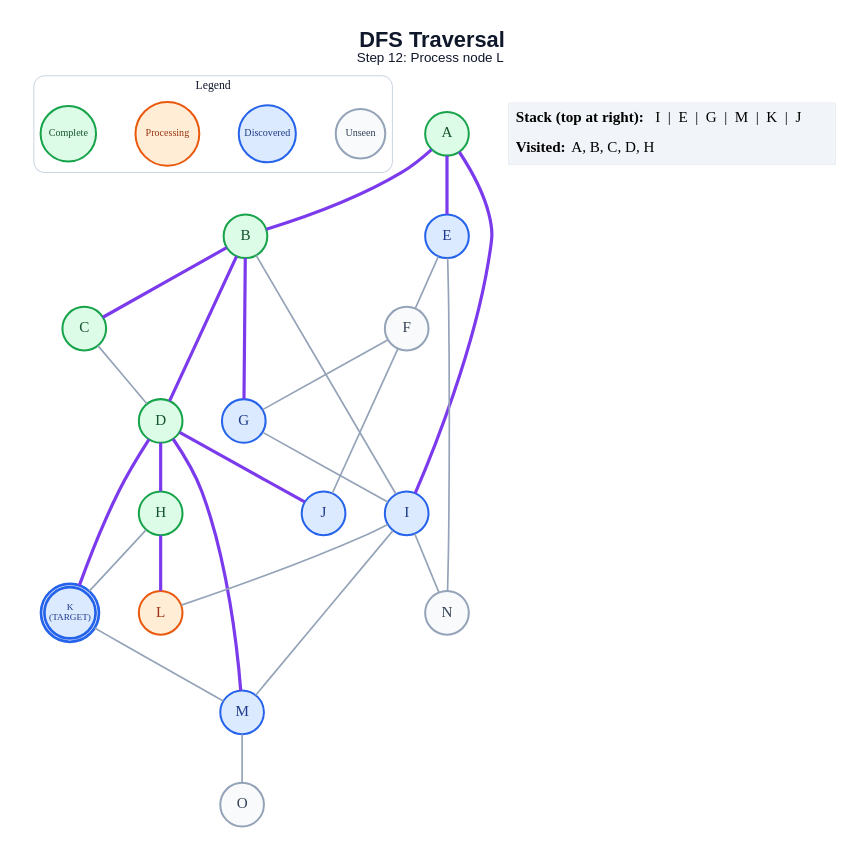
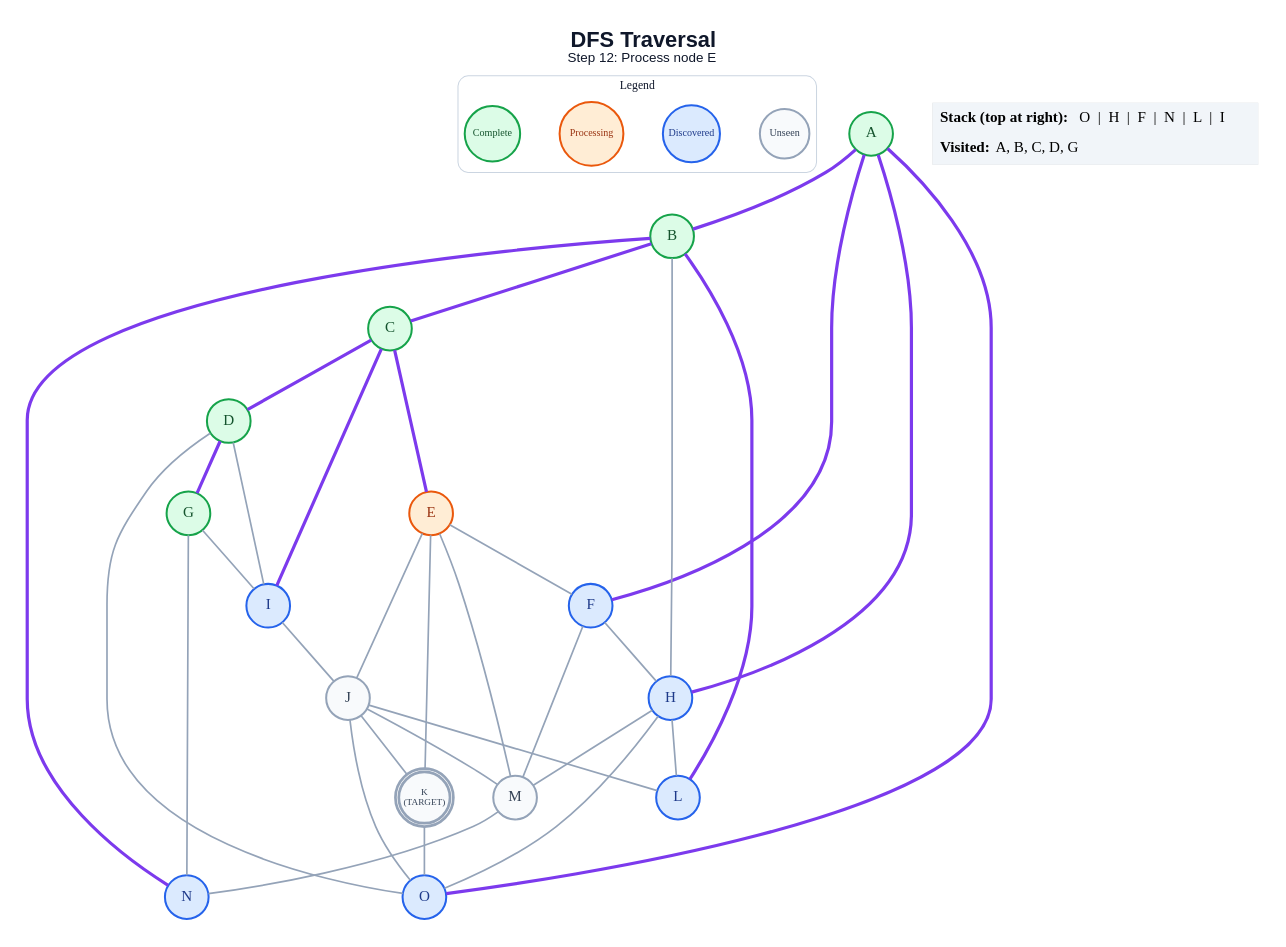
The diagram in generated/dfs/step_12.dot (anon7238593-create/ai-slop), drawn with Graphviz before and after one commit. The commit also changed 269 other files, not shown here.

```diff
--- a/generated/dfs/step_12.dot
+++ b/generated/dfs/step_12.dot
@@ -1,58 +1,66 @@
 graph traversal {
   graph [layout=dot, rankdir=TB, bgcolor="#FFFFFF", pad="0.35", nodesep="0.65", ranksep="0.8", fontname="Arial"];
   node [shape=circle, style="filled", fontname="Arial Bold", fontsize=18, width=0.72, fixedsize=true, penwidth=2.4];
   edge [color="#94A3B8", penwidth=2.0];
-  label=<<B>DFS Traversal</B><BR/><FONT POINT-SIZE="16">Step 12: Process node L</FONT>>; labelloc="t"; fontsize=26; fontname="Arial"; fontcolor="#0F172A";
+  label=<<B>DFS Traversal</B><BR/><FONT POINT-SIZE="16">Step 12: Process node E</FONT>>; labelloc="t"; fontsize=26; fontname="Arial"; fontcolor="#0F172A";
   subgraph cluster_legend { label="Legend"; color="#CBD5E1"; penwidth=1.2; style="rounded"; fontsize=14; fontname="Arial Bold";
     key_unseen [label="Unseen", fillcolor="#F8FAFC", color="#94A3B8", fontcolor="#334155", fontsize=12, width=0.82];
     key_frontier [label="Discovered", fillcolor="#DBEAFE", color="#2563EB", fontcolor="#1E3A8A", fontsize=12, width=0.95];
     key_current [label="Processing", fillcolor="#FFEDD5", color="#EA580C", fontcolor="#9A3412", fontsize=12, width=1.05];
     key_done [label="Complete", fillcolor="#DCFCE7", color="#16A34A", fontcolor="#14532D", fontsize=12, width=0.92];
     { rank=same; key_unseen; key_frontier; key_current; key_done; }
   }
   A [label="A", fillcolor="#DCFCE7", color="#16A34A", fontcolor="#14532D", peripheries=1, penwidth=2.4];
   B [label="B", fillcolor="#DCFCE7", color="#16A34A", fontcolor="#14532D", peripheries=1, penwidth=2.4];
   C [label="C", fillcolor="#DCFCE7", color="#16A34A", fontcolor="#14532D", peripheries=1, penwidth=2.4];
   D [label="D", fillcolor="#DCFCE7", color="#16A34A", fontcolor="#14532D", peripheries=1, penwidth=2.4];
-  E [label="E", fillcolor="#DBEAFE", color="#2563EB", fontcolor="#1E3A8A", peripheries=1, penwidth=2.4];
-  F [label="F", fillcolor="#F8FAFC", color="#94A3B8", fontcolor="#334155", peripheries=1, penwidth=2.4];
-  G [label="G", fillcolor="#DBEAFE", color="#2563EB", fontcolor="#1E3A8A", peripheries=1, penwidth=2.4];
-  H [label="H", fillcolor="#DCFCE7", color="#16A34A", fontcolor="#14532D", peripheries=1, penwidth=2.4];
+  E [label="E", fillcolor="#FFEDD5", color="#EA580C", fontcolor="#9A3412", peripheries=1, penwidth=2.4];
+  F [label="F", fillcolor="#DBEAFE", color="#2563EB", fontcolor="#1E3A8A", peripheries=1, penwidth=2.4];
+  G [label="G", fillcolor="#DCFCE7", color="#16A34A", fontcolor="#14532D", peripheries=1, penwidth=2.4];
+  H [label="H", fillcolor="#DBEAFE", color="#2563EB", fontcolor="#1E3A8A", peripheries=1, penwidth=2.4];
   I [label="I", fillcolor="#DBEAFE", color="#2563EB", fontcolor="#1E3A8A", peripheries=1, penwidth=2.4];
-  J [label="J", fillcolor="#DBEAFE", color="#2563EB", fontcolor="#1E3A8A", peripheries=1, penwidth=2.4];
-  K [label="K\n(TARGET)", fillcolor="#DBEAFE", color="#2563EB", fontcolor="#1E3A8A", peripheries=2, penwidth=3.2, fontsize=11, width=0.85, height=0.85];
-  L [label="L", fillcolor="#FFEDD5", color="#EA580C", fontcolor="#9A3412", peripheries=1, penwidth=2.4];
-  M [label="M", fillcolor="#DBEAFE", color="#2563EB", fontcolor="#1E3A8A", peripheries=1, penwidth=2.4];
-  N [label="N", fillcolor="#F8FAFC", color="#94A3B8", fontcolor="#334155", peripheries=1, penwidth=2.4];
-  O [label="O", fillcolor="#F8FAFC", color="#94A3B8", fontcolor="#334155", peripheries=1, penwidth=2.4];
+  J [label="J", fillcolor="#F8FAFC", color="#94A3B8", fontcolor="#334155", peripheries=1, penwidth=2.4];
+  K [label="K\n(TARGET)", fillcolor="#F8FAFC", color="#94A3B8", fontcolor="#334155", peripheries=2, penwidth=3.2, fontsize=11, width=0.85, height=0.85];
+  L [label="L", fillcolor="#DBEAFE", color="#2563EB", fontcolor="#1E3A8A", peripheries=1, penwidth=2.4];
+  M [label="M", fillcolor="#F8FAFC", color="#94A3B8", fontcolor="#334155", peripheries=1, penwidth=2.4];
+  N [label="N", fillcolor="#DBEAFE", color="#2563EB", fontcolor="#1E3A8A", peripheries=1, penwidth=2.4];
+  O [label="O", fillcolor="#DBEAFE", color="#2563EB", fontcolor="#1E3A8A", peripheries=1, penwidth=2.4];
   A -- B [color="#7C3AED", penwidth=3.8];
-  A -- E [color="#7C3AED", penwidth=3.8];
-  A -- I [color="#7C3AED", penwidth=3.8];
+  A -- F [color="#7C3AED", penwidth=3.8];
+  A -- H [color="#7C3AED", penwidth=3.8];
+  A -- O [color="#7C3AED", penwidth=3.8];
   B -- C [color="#7C3AED", penwidth=3.8];
-  B -- D [color="#7C3AED", penwidth=3.8];
-  B -- G [color="#7C3AED", penwidth=3.8];
-  B -- I;
-  C -- D;
-  D -- H [color="#7C3AED", penwidth=3.8];
-  D -- J [color="#7C3AED", penwidth=3.8];
-  D -- K [color="#7C3AED", penwidth=3.8];
-  D -- M [color="#7C3AED", penwidth=3.8];
+  B -- H;
+  B -- L [color="#7C3AED", penwidth=3.8];
+  B -- N [color="#7C3AED", penwidth=3.8];
+  C -- D [color="#7C3AED", penwidth=3.8];
+  C -- E [color="#7C3AED", penwidth=3.8];
+  C -- I [color="#7C3AED", penwidth=3.8];
+  D -- G [color="#7C3AED", penwidth=3.8];
+  D -- I;
+  D -- O;
   E -- F;
-  E -- N;
-  F -- G;
-  F -- J;
+  E -- J;
+  E -- K;
+  E -- M;
+  F -- H;
+  F -- M;
   G -- I;
-  H -- K;
-  H -- L [color="#7C3AED", penwidth=3.8];
-  I -- L;
-  I -- M;
-  I -- N;
-  K -- M;
-  M -- O;
+  G -- N;
+  H -- L;
+  H -- M;
+  H -- O;
+  I -- J;
+  J -- K;
+  J -- L;
+  J -- M;
+  J -- O;
+  K -- O;
+  M -- N;
   status [shape=plain, fixedsize=false, width=0, height=0, margin=0, label=<
     <TABLE BORDER="0" CELLBORDER="0" CELLPADDING="7" BGCOLOR="#F1F5F9">
-      <TR><TD ALIGN="LEFT"><B>Stack (top at right):</B> I  |  E  |  G  |  M  |  K  |  J</TD></TR>
-      <TR><TD ALIGN="LEFT"><B>Visited:</B> A, B, C, D, H</TD></TR>
+      <TR><TD ALIGN="LEFT"><B>Stack (top at right):</B> O  |  H  |  F  |  N  |  L  |  I</TD></TR>
+      <TR><TD ALIGN="LEFT"><B>Visited:</B> A, B, C, D, G</TD></TR>
     </TABLE>
   >];
 }
```
